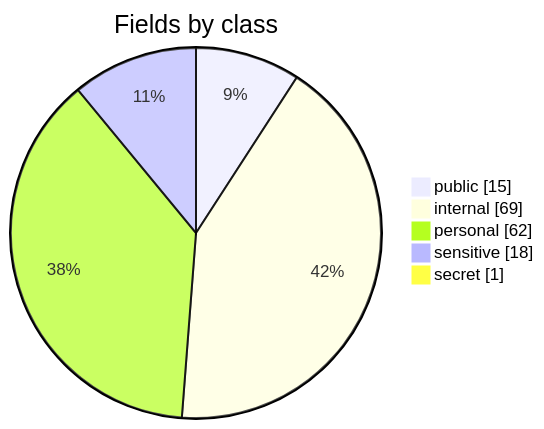
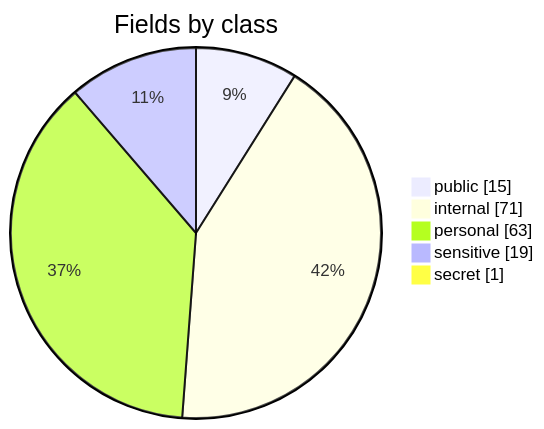
The first of 10 diagrams in docs/flows/sensitive-data.md (russlittle/ZTHR), drawn with Mermaid before and after one commit. The commit also changed other lines of this file and 41 other files, not shown here.

````diff
--- a/docs/flows/sensitive-data.md
+++ b/docs/flows/sensitive-data.md
@@ -21,8 +21,8 @@
 ```mermaid
 pie showData title Fields by class
   "public" : 15
-  "internal" : 69
-  "personal" : 62
-  "sensitive" : 18
+  "internal" : 71
+  "personal" : 63
+  "sensitive" : 19
   "secret" : 1
 ```
````
